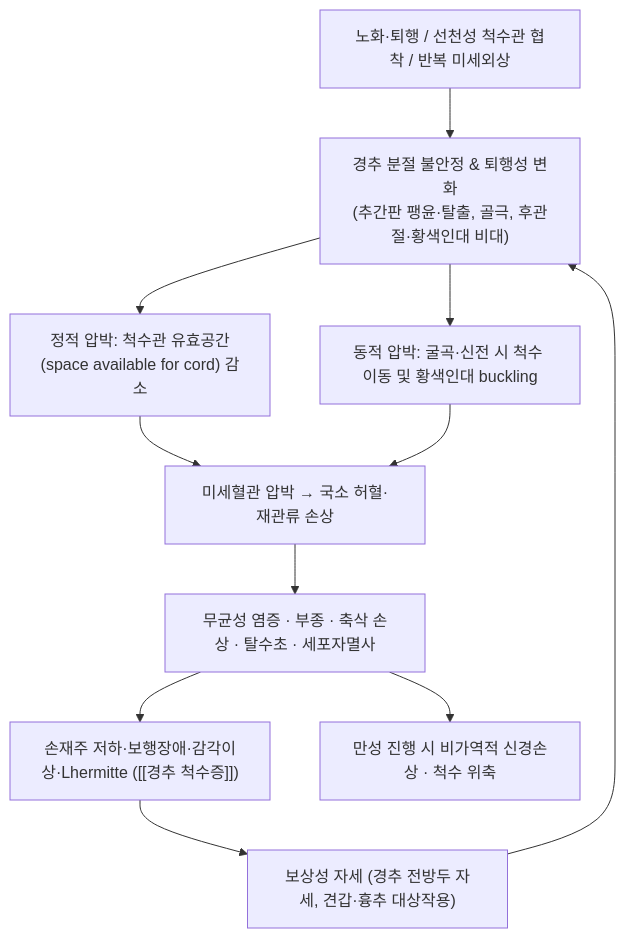
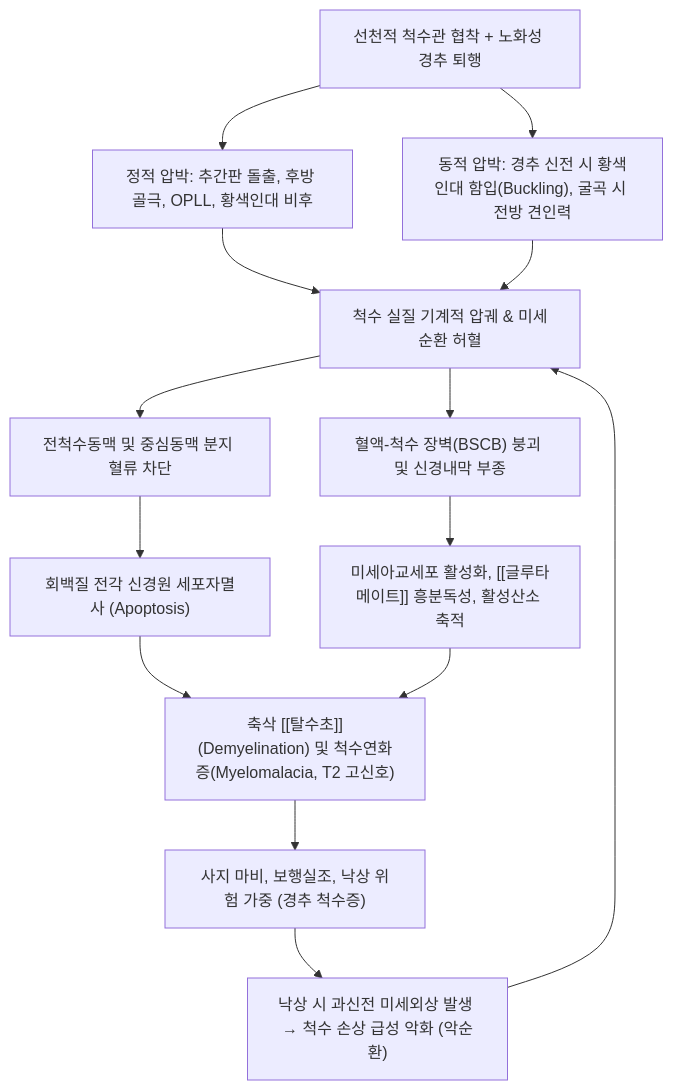
Before and after one commit to simbio11/simbio-digital-garden2: the second of 3 diagrams in content/3. 이론 공부/질환/근골격계 질환/척추/경추 척수증.md, drawn with Mermaid. The commit also changed other lines of this file and 350 other files, not shown here.

````diff
--- a/content/3. 이론 공부/질환/근골격계 질환/척추/경추 척수증.md
+++ b/content/3. 이론 공부/질환/근골격계 질환/척추/경추 척수증.md
@@ -91,13 +95,16 @@
 ```mermaid
 graph TD
-    Cause["노화·퇴행 / 선천성 척수관 협착 / 반복 미세외상"] --> Biomech["경추 분절 불안정 & 퇴행성 변화<br/>(추간판 팽윤·탈출, 골극, 후관절·황색인대 비대)"]
-    Biomech --> Static["정적 압박: 척수관 유효공간(space available for cord) 감소"]
-    Biomech --> Dynamic["동적 압박: 굴곡·신전 시 척수 이동 및 황색인대 buckling"]
-    Static --> Ischemia["미세혈관 압박 → 국소 허혈·재관류 손상"]
-    Dynamic --> Ischemia
-    Ischemia --> Cascade["무균성 염증 · 부종 · 축삭 손상 · 탈수초 · 세포자멸사"]
-    Cascade --> Symptom["손재주 저하·보행장애·감각이상·Lhermitte ([[경추 척수증]])"]
-    Symptom --> Comp["보상성 자세 (경추 전방두 자세, 견갑·흉추 대상작용)"]
-    Comp --> Biomech
-    Cascade --> Irreversible["만성 진행 시 비가역적 신경손상 · 척수 위축"]
+    A["선천적 척수관 협착 + 노화성 경추 퇴행"] --> B["정적 압박: 추간판 돌출, 후방 골극, OPLL, 황색인대 비후"]
+    A --> C["동적 압박: 경추 신전 시 황색인대 함입(Buckling), 굴곡 시 전방 견인력"]
+    B --> D["척수 실질 기계적 압궤 & 미세순환 허혈"]
+    C --> D
+    D --> E1["전척수동맥 및 중심동맥 분지 혈류 차단"]
+    D --> E2["혈액-척수 장벽(BSCB) 붕괴 및 신경내막 부종"]
+    E1 --> F["회백질 전각 신경원 세포자멸사 (Apoptosis)"]
+    E2 --> G["미세아교세포 활성화, [[글루타메이트]] 흥분독성, 활성산소 축적"]
+    F --> H["축삭 [[탈수초]](Demyelination) 및 척수연화증(Myelomalacia, T2 고신호)"]
+    G --> H
+    H --> I["사지 마비, 보행실조, 낙상 위험 가중 (경추 척수증)"]
+    I --> J["낙상 시 과신전 미세외상 발생 → 척수 손상 급성 악화 (악순환)"]
+    J --> D
 ```
````
